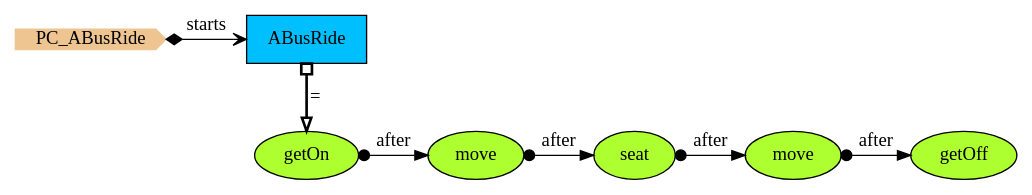
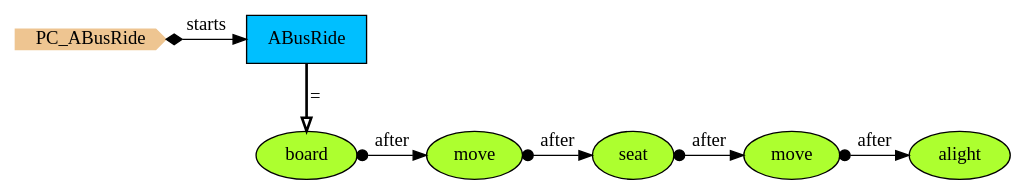
One commit to namalio/Fragmenta changed the diagram in Haskell/PCs/Examples/img/PC_ABusRide.gv. Above: the diagram before and after it, drawn with Graphviz. The commit also changed 30 other files, not shown here.

```diff
--- a/Haskell/PCs/Examples/img/PC_ABusRide.gv
+++ b/Haskell/PCs/Examples/img/PC_ABusRide.gv
@@ -1,22 +1,22 @@
 digraph {
 StartN_ [shape = cds,color=burlywood2,style=filled,height=.2,width=.2, label =PC_ABusRide];
-getOff [shape=ellipse,fillcolor=greenyellow,style = filled,label="getOff"];
+alight [shape=ellipse,fillcolor=greenyellow,style = filled,label="alight"];
 move2 [shape=ellipse,fillcolor=greenyellow,style = filled,label="move"];
 seat [shape=ellipse,fillcolor=greenyellow,style = filled,label="seat"];
 move [shape=ellipse,fillcolor=greenyellow,style = filled,label="move"];
 ABusRide [shape=box,fillcolor=deepskyblue,style = filled,label="ABusRide "];
-getOn [shape=ellipse,fillcolor=greenyellow,style = filled,label="getOn"];
+board [shape=ellipse,fillcolor=greenyellow,style = filled,label="board"];
 
 {rank=min;StartN_,ABusRide}
-{rank=same;getOn,move,seat,move2,getOff}
-{rank=same;move,seat,move2,getOff}
-{rank=same;seat,move2,getOff}
-{rank=same;move2,getOff}
+{rank=same;board,move,seat,move2,alight}
+{rank=same;move,seat,move2,alight}
+{rank=same;seat,move2,alight}
+{rank=same;move2,alight}
 
-move2->getOff[arrowtail=dot,dir=both,label="after"];
+move2->alight[arrowtail=dot,dir=both,label="after"];
 seat->move2[arrowtail=dot,dir=both,label="after"];
 move->seat[arrowtail=dot,dir=both,label="after"];
-getOn->move[arrowtail=dot,dir=both,label="after"];
-StartN_->ABusRide[arrowhead="open",arrowtail=diamond,dir=both,label="starts"];
-ABusRide->getOn[arrowhead="onormal",dir=both,arrowtail=obox,penwidth=2,label="="];
+board->move[arrowtail=dot,dir=both,label="after"];
+StartN_->ABusRide[arrowtail=diamond,dir=both,label="starts"];
+ABusRide->board[arrowhead="onormal",penwidth=2,label="="];
 }
```
